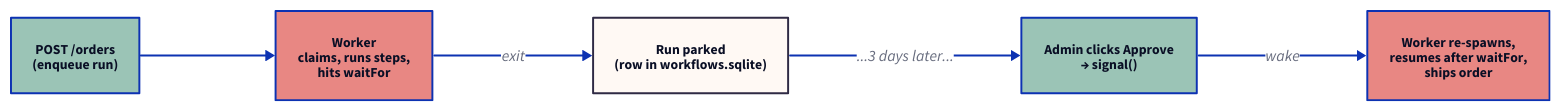
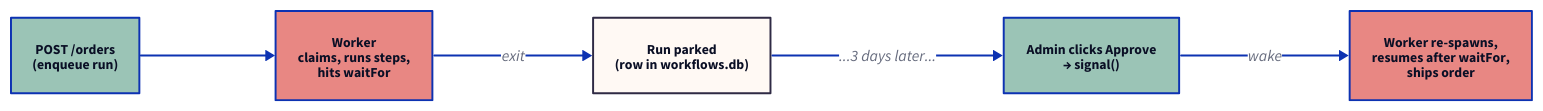
One commit to tako-sh/tako changed the diagram in website/src/content/blog/pause-a-workflow-until-a-human-clicks-approve.md. Above: the diagram before and after it, drawn with D2. The commit also changed 63 other files, not shown here.

````diff
--- a/website/src/content/blog/pause-a-workflow-until-a-human-clicks-approve.md
+++ b/website/src/content/blog/pause-a-workflow-until-a-human-clicks-approve.md
@@ -75,14 +75,14 @@
 ```d2
 direction: right
 
 enq: "POST /orders\n(enqueue run)" {style.fill: "#9BC4B6"; style.font-size: 14}
 worker1: "Worker\nclaims, runs steps,\nhits waitFor" {style.fill: "#E88783"; style.font-size: 14}
-park: "Run parked\n(row in workflows.sqlite)" {style.fill: "#FFF9F4"; style.stroke: "#2F2A44"; style.font-size: 14}
+park: "Run parked\n(row in workflows.db)" {style.fill: "#FFF9F4"; style.stroke: "#2F2A44"; style.font-size: 14}
 signal: "Admin clicks Approve\n→ signal()" {style.fill: "#9BC4B6"; style.font-size: 14}
 worker2: "Worker re-spawns,\nresumes after waitFor,\nships order" {style.fill: "#E88783"; style.font-size: 14}
 
 enq -> worker1
 worker1 -> park: "exit"
 park -> signal: "...3 days later..."
 signal -> worker2: "wake"
 ```
````
